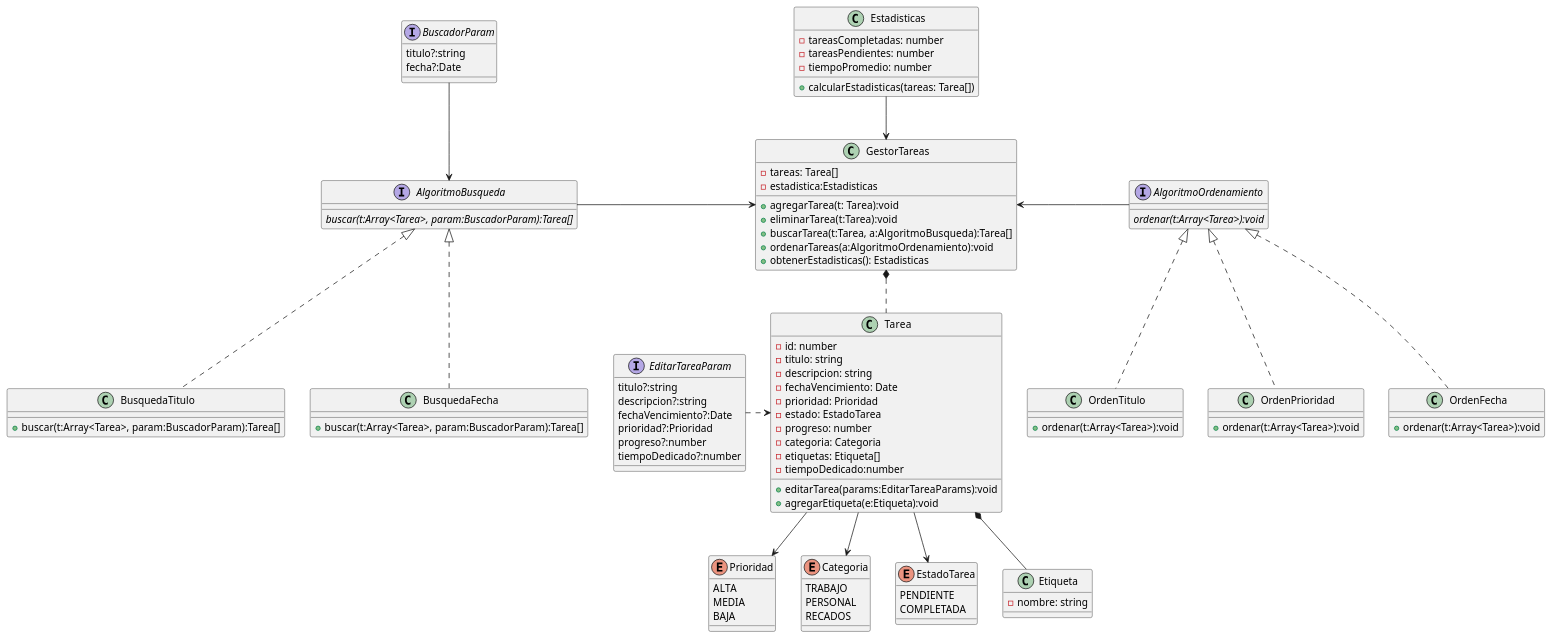
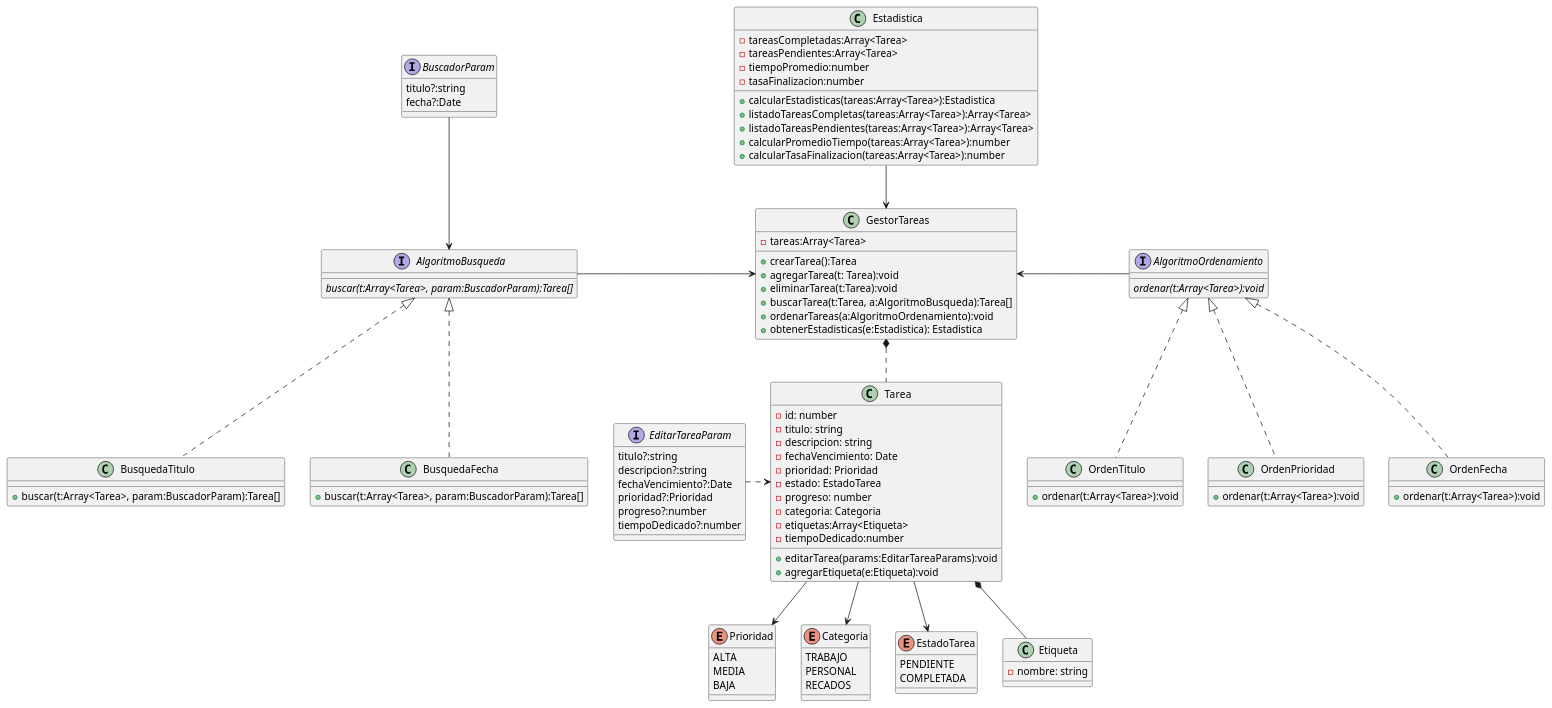
Before and after one commit to emmekka/todo_app: the diagram in docs/diagramav2.puml, drawn with PlantUML. The commit also changed 5 other files, not shown here.

Commit message:
Actualizo el diagrama, la clase gestor y agrego la clase estadistica

```diff
--- a/docs/diagramav2.puml
+++ b/docs/diagramav2.puml
@@ -1,112 +1,117 @@
 @startuml AppTareas
 
 enum Prioridad {
     ALTA
     MEDIA
     BAJA
 }
 
 enum Categoria {
     TRABAJO
     PERSONAL
     RECADOS
 }
 
 enum EstadoTarea {
     PENDIENTE
     COMPLETADA
 }
 
 interface EditarTareaParam {
     titulo?:string
     descripcion?:string
     fechaVencimiento?:Date
     prioridad?:Prioridad
     progreso?:number
     tiempoDedicado?:number
 }
 
 class Tarea {
     -id: number
     -titulo: string
     -descripcion: string
     -fechaVencimiento: Date
     -prioridad: Prioridad
     -estado: EstadoTarea
     -progreso: number
     -categoria: Categoria
-    -etiquetas: Etiqueta[]
+    -etiquetas:Array<Etiqueta>
     -tiempoDedicado:number
 
     +editarTarea(params:EditarTareaParams):void
     +agregarEtiqueta(e:Etiqueta):void 
 }
 
 
 class GestorTareas {
-    -tareas: Tarea[]
-    -estadistica:Estadisticas
+    -tareas:Array<Tarea>
 
+    +crearTarea():Tarea
     +agregarTarea(t: Tarea):void
     +eliminarTarea(t:Tarea):void
     +buscarTarea(t:Tarea, a:AlgoritmoBusqueda):Tarea[]
     +ordenarTareas(a:AlgoritmoOrdenamiento):void
-    +obtenerEstadisticas(): Estadisticas
+    +obtenerEstadisticas(e:Estadistica): Estadistica
 }
 
 interface AlgoritmoBusqueda {
     <i>buscar(t:Array<Tarea>, param:BuscadorParam):Tarea[]
 }
 
 class BusquedaTitulo implements AlgoritmoBusqueda{
     +buscar(t:Array<Tarea>, param:BuscadorParam):Tarea[]
 }
 
 class BusquedaFecha implements AlgoritmoBusqueda{
     +buscar(t:Array<Tarea>, param:BuscadorParam):Tarea[]
 }
 
 interface BuscadorParam {
     titulo?:string
     fecha?:Date
 }
 
 interface AlgoritmoOrdenamiento {
     <i>ordenar(t:Array<Tarea>):void
 }
 
 class OrdenFecha implements AlgoritmoOrdenamiento{
     +ordenar(t:Array<Tarea>):void
 }
 
 class OrdenTitulo implements AlgoritmoOrdenamiento{
     +ordenar(t:Array<Tarea>):void
 }
 
 class OrdenPrioridad implements AlgoritmoOrdenamiento{
     +ordenar(t:Array<Tarea>):void
 }
 
 class Etiqueta {
     -nombre: string
 }
 
-class Estadisticas {
-    -tareasCompletadas: number
-    -tareasPendientes: number
-    -tiempoPromedio: number
+class Estadistica {
+    -tareasCompletadas:Array<Tarea>
+    -tareasPendientes:Array<Tarea>
+    -tiempoPromedio:number
+    -tasaFinalizacion:number
 
-    +calcularEstadisticas(tareas: Tarea[])
+    +calcularEstadisticas(tareas:Array<Tarea>):Estadistica
+    +listadoTareasCompletas(tareas:Array<Tarea>):Array<Tarea>
+    +listadoTareasPendientes(tareas:Array<Tarea>):Array<Tarea>
+    +calcularPromedioTiempo(tareas:Array<Tarea>):number
+    +calcularTasaFinalizacion(tareas:Array<Tarea>):number
 }
 
 Tarea --> Categoria
 Tarea *-- Etiqueta
 GestorTareas *.. Tarea
-GestorTareas <--u Estadisticas
+GestorTareas <--u Estadistica
 Tarea --> Prioridad
 Tarea --> EstadoTarea
 GestorTareas <---r AlgoritmoOrdenamiento
 GestorTareas <--l AlgoritmoBusqueda
 Tarea<..l EditarTareaParam
 BuscadorParam --> AlgoritmoBusqueda
 @enduml
```
